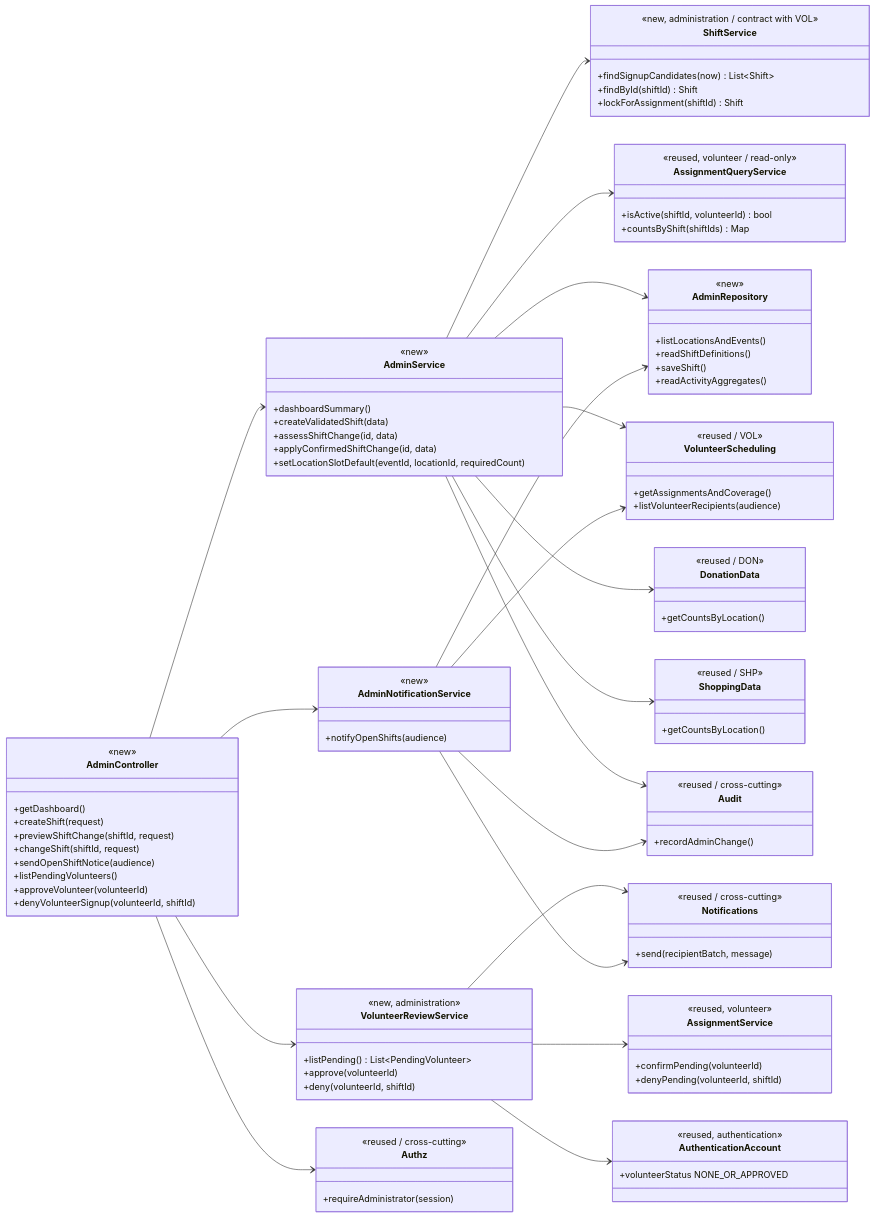
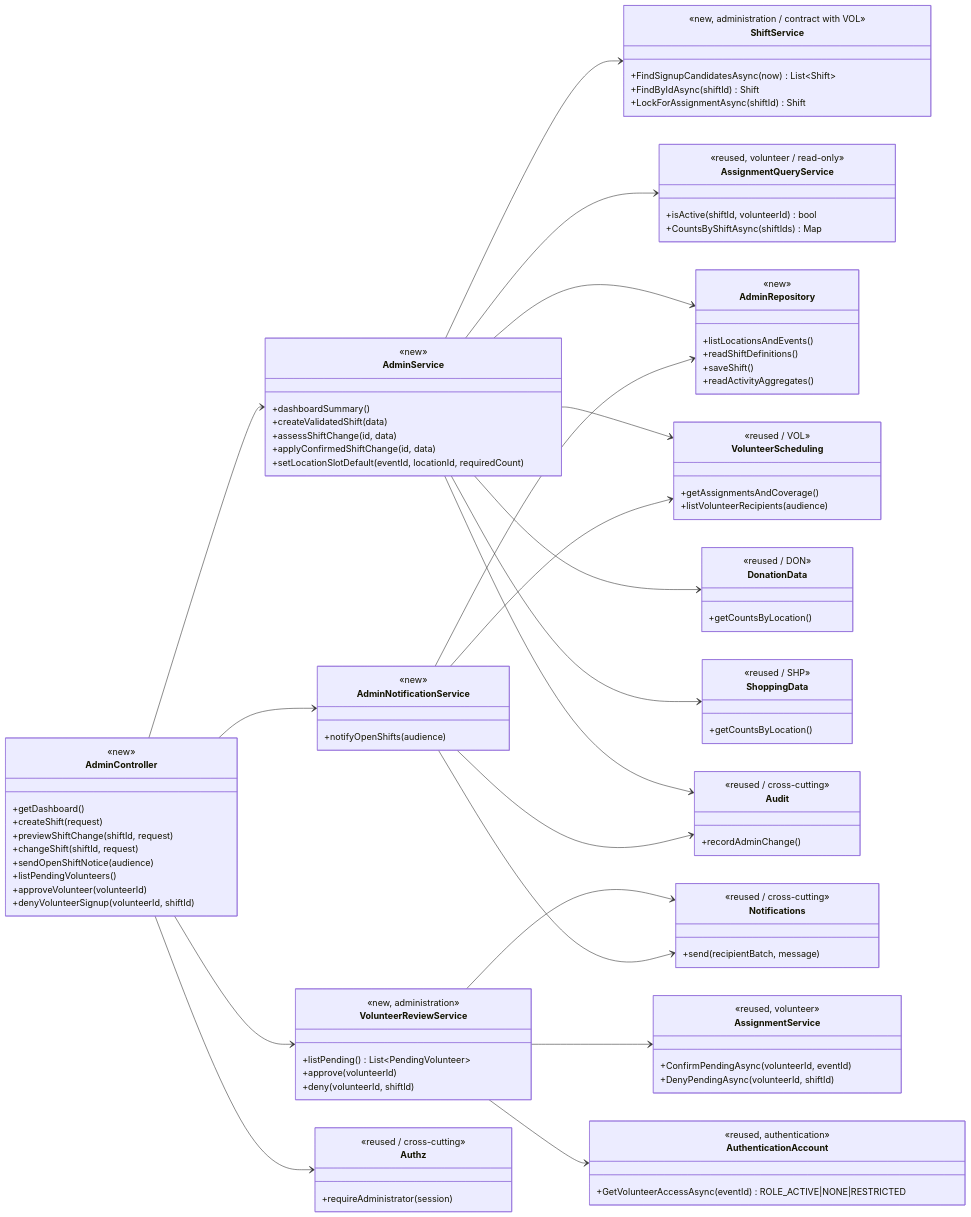
Before and after one commit to evelyntrann/cosc-40943-team-3-refrog: the first of 6 diagrams in docs/design/ADM.md, drawn with Mermaid. The commit also changed other lines of this file and 22 other files, not shown here.

```diff
--- a/docs/design/ADM.md
+++ b/docs/design/ADM.md
@@ -49,23 +49,23 @@
     }
     class ShiftService {
         <<new, administration / contract with VOL>>
-        +findSignupCandidates(now) List~Shift~
-        +findById(shiftId) Shift
-        +lockForAssignment(shiftId) Shift
+        +FindSignupCandidatesAsync(now) List~Shift~
+        +FindByIdAsync(shiftId) Shift
+        +LockForAssignmentAsync(shiftId) Shift
     }
     class AssignmentService {
         <<reused, volunteer>>
-        +confirmPending(volunteerId)
-        +denyPending(volunteerId, shiftId)
+        +ConfirmPendingAsync(volunteerId, eventId)
+        +DenyPendingAsync(volunteerId, shiftId)
     }
     class AssignmentQueryService {
         <<reused, volunteer / read-only>>
         +isActive(shiftId, volunteerId) bool
-        +countsByShift(shiftIds) Map
+        +CountsByShiftAsync(shiftIds) Map
     }
     class AuthenticationAccount {
         <<reused, authentication>>
-        +volunteerStatus NONE_OR_APPROVED
+        +GetVolunteerAccessAsync(eventId) ROLE_ACTIVE|NONE|RESTRICTED
     }
     class AdminNotificationService {
         <<new>>
```
